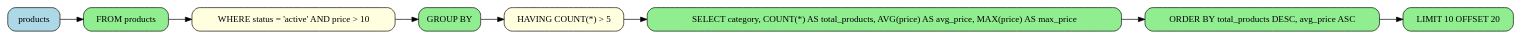
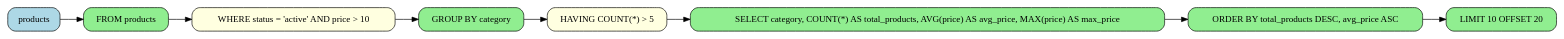
One commit to rot1024/sqloflow changed the diagram in examples/complex_query_operation.dot. Above: the diagram before and after it, drawn with Graphviz. The commit also changed 41 other files, not shown here.

```diff
--- a/examples/complex_query_operation.dot
+++ b/examples/complex_query_operation.dot
@@ -1,23 +1,23 @@
 digraph sqloflow {
   rankdir=LR;
   node [shape=box, style=rounded];
 
   // Node definitions
   node_0 [label="products", fillcolor=lightblue, style="filled,rounded"];
   node_1 [label="FROM products", fillcolor=lightgreen, style="filled,rounded"];
-  node_3 [label="GROUP BY", fillcolor=lightgreen, style="filled,rounded"];
+  node_3 [label="GROUP BY category", fillcolor=lightgreen, style="filled,rounded"];
   node_5 [label="SELECT category, COUNT(*) AS total_products, AVG(price) AS avg_price, MAX(price) AS max_price", fillcolor=lightgreen, style="filled,rounded"];
   node_6 [label="ORDER BY total_products DESC, avg_price ASC", fillcolor=lightgreen, style="filled,rounded"];
   node_7 [label="LIMIT 10 OFFSET 20", fillcolor=lightgreen, style="filled,rounded"];
   node_2 [label="WHERE status = 'active' AND price > 10", fillcolor=lightyellow, style="filled,rounded"];
   node_4 [label="HAVING COUNT(*) > 5", fillcolor=lightyellow, style="filled,rounded"];
 
   // Edges
   node_0 -> node_1 [color=black];
   node_1 -> node_2 [color=black];
   node_2 -> node_3 [color=black];
   node_3 -> node_4 [color=black];
   node_4 -> node_5 [color=black];
   node_5 -> node_6 [color=black];
   node_6 -> node_7 [color=black];
 }
```
